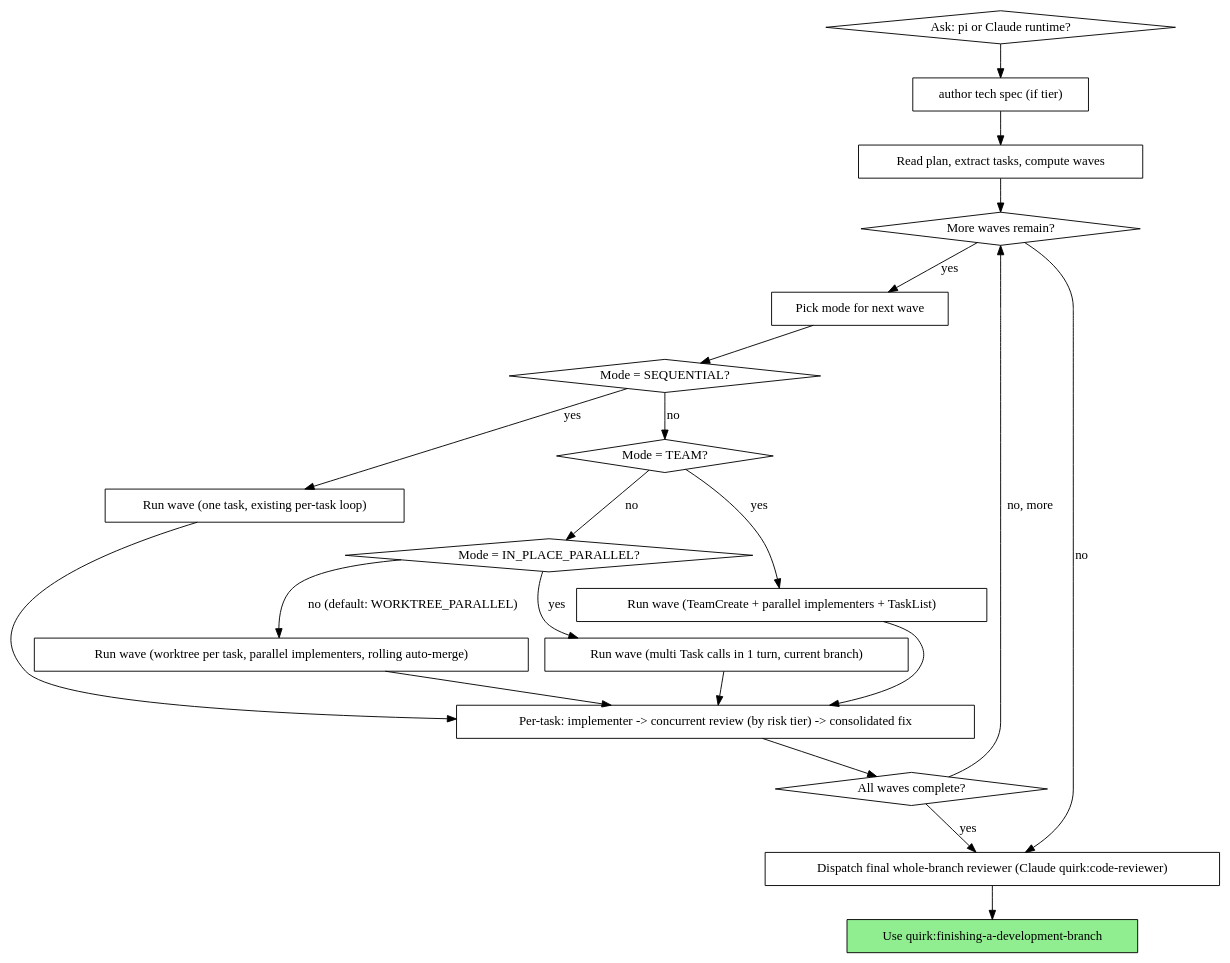
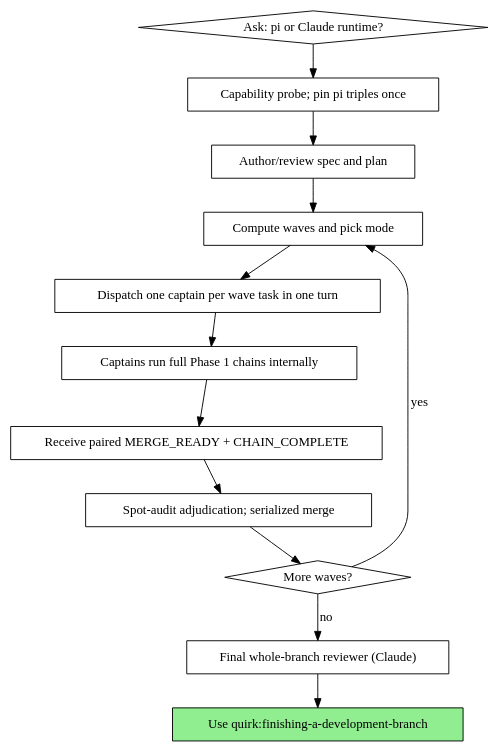
Before and after one commit to zpyoung/quirk: the second of 2 diagrams in skills/subagent-driven-development/SKILL.md, drawn with Graphviz. The commit also changed other lines of this file and 23 other files, not shown here.

First line of the commit message:
feat(sdd): captain control plane — wall-clock round 2 (Phase 1 + 1.5) (#26)

````diff
--- a/skills/subagent-driven-development/SKILL.md
+++ b/skills/subagent-driven-development/SKILL.md
@@ -83,43 +113,29 @@
 ```dot
 digraph process {
     rankdir=TB;
 
     "Ask: pi or Claude runtime?" [shape=diamond];
-    "author tech spec (if tier)" [shape=box];
-    "Read plan, extract tasks, compute waves" [shape=box];
-    "More waves remain?" [shape=diamond];
-    "Pick mode for next wave" [shape=box];
-    "Mode = SEQUENTIAL?" [shape=diamond];
-    "Mode = TEAM?" [shape=diamond];
-    "Mode = IN_PLACE_PARALLEL?" [shape=diamond];
-    "Run wave (one task, existing per-task loop)" [shape=box];
-    "Run wave (TeamCreate + parallel implementers + TaskList)" [shape=box];
-    "Run wave (multi Task calls in 1 turn, current branch)" [shape=box];
-    "Run wave (worktree per task, parallel implementers, rolling auto-merge)" [shape=box];
-    "Per-task: implementer -> concurrent review (by risk tier) -> consolidated fix" [shape=box];
-    "All waves complete?" [shape=diamond];
-    "Dispatch final whole-branch reviewer (Claude quirk:code-reviewer)" [shape=box];
+    "Capability probe; pin pi triples once" [shape=box];
+    "Author/review spec and plan" [shape=box];
+    "Compute waves and pick mode" [shape=box];
+    "Dispatch one captain per wave task in one turn" [shape=box];
+    "Captains run full Phase 1 chains internally" [shape=box];
+    "Receive paired MERGE_READY + CHAIN_COMPLETE" [shape=box];
+    "Spot-audit adjudication; serialized merge" [shape=box];
+    "More waves?" [shape=diamond];
+    "Final whole-branch reviewer (Claude)" [shape=box];
     "Use quirk:finishing-a-development-branch" [shape=box style=filled fillcolor=lightgreen];
 
-    "Ask: pi or Claude runtime?" -> "author tech spec (if tier)";
-    "author tech spec (if tier)" -> "Read plan, extract tasks, compute waves";
-    "Read plan, extract tasks, compute waves" -> "More waves remain?";
-    "More waves remain?" -> "Pick mode for next wave" [label="yes"];
-    "More waves remain?" -> "Dispatch final whole-branch reviewer (Claude quirk:code-reviewer)" [label="no"];
-    "Pick mode for next wave" -> "Mode = SEQUENTIAL?";
-    "Mode = SEQUENTIAL?" -> "Run wave (one task, existing per-task loop)" [label="yes"];
-    "Mode = SEQUENTIAL?" -> "Mode = TEAM?" [label="no"];
-    "Mode = TEAM?" -> "Run wave (TeamCreate + parallel implementers + TaskList)" [label="yes"];
-    "Mode = TEAM?" -> "Mode = IN_PLACE_PARALLEL?" [label="no"];
-    "Mode = IN_PLACE_PARALLEL?" -> "Run wave (multi Task calls in 1 turn, current branch)" [label="yes"];
-    "Mode = IN_PLACE_PARALLEL?" -> "Run wave (worktree per task, parallel implementers, rolling auto-merge)" [label="no (default: WORKTREE_PARALLEL)"];
-    "Run wave (one task, existing per-task loop)" -> "Per-task: implementer -> concurrent review (by risk tier) -> consolidated fix";
-    "Run wave (TeamCreate + parallel implementers + TaskList)" -> "Per-task: implementer -> concurrent review (by risk tier) -> consolidated fix";
-    "Run wave (multi Task calls in 1 turn, current branch)" -> "Per-task: implementer -> concurrent review (by risk tier) -> consolidated fix";
-    "Run wave (worktree per task, parallel implementers, rolling auto-merge)" -> "Per-task: implementer -> concurrent review (by risk tier) -> consolidated fix";
-    "Per-task: implementer -> concurrent review (by risk tier) -> consolidated fix" -> "All waves complete?";
-    "All waves complete?" -> "More waves remain?" [label="no, more"];
-    "All waves complete?" -> "Dispatch final whole-branch reviewer (Claude quirk:code-reviewer)" [label="yes"];
-    "Dispatch final whole-branch reviewer (Claude quirk:code-reviewer)" -> "Use quirk:finishing-a-development-branch";
+    "Ask: pi or Claude runtime?" -> "Capability probe; pin pi triples once";
+    "Capability probe; pin pi triples once" -> "Author/review spec and plan";
+    "Author/review spec and plan" -> "Compute waves and pick mode";
+    "Compute waves and pick mode" -> "Dispatch one captain per wave task in one turn";
+    "Dispatch one captain per wave task in one turn" -> "Captains run full Phase 1 chains internally";
+    "Captains run full Phase 1 chains internally" -> "Receive paired MERGE_READY + CHAIN_COMPLETE";
+    "Receive paired MERGE_READY + CHAIN_COMPLETE" -> "Spot-audit adjudication; serialized merge";
+    "Spot-audit adjudication; serialized merge" -> "More waves?";
+    "More waves?" -> "Compute waves and pick mode" [label="yes"];
+    "More waves?" -> "Final whole-branch reviewer (Claude)" [label="no"];
+    "Final whole-branch reviewer (Claude)" -> "Use quirk:finishing-a-development-branch";
 }
 ```
````
